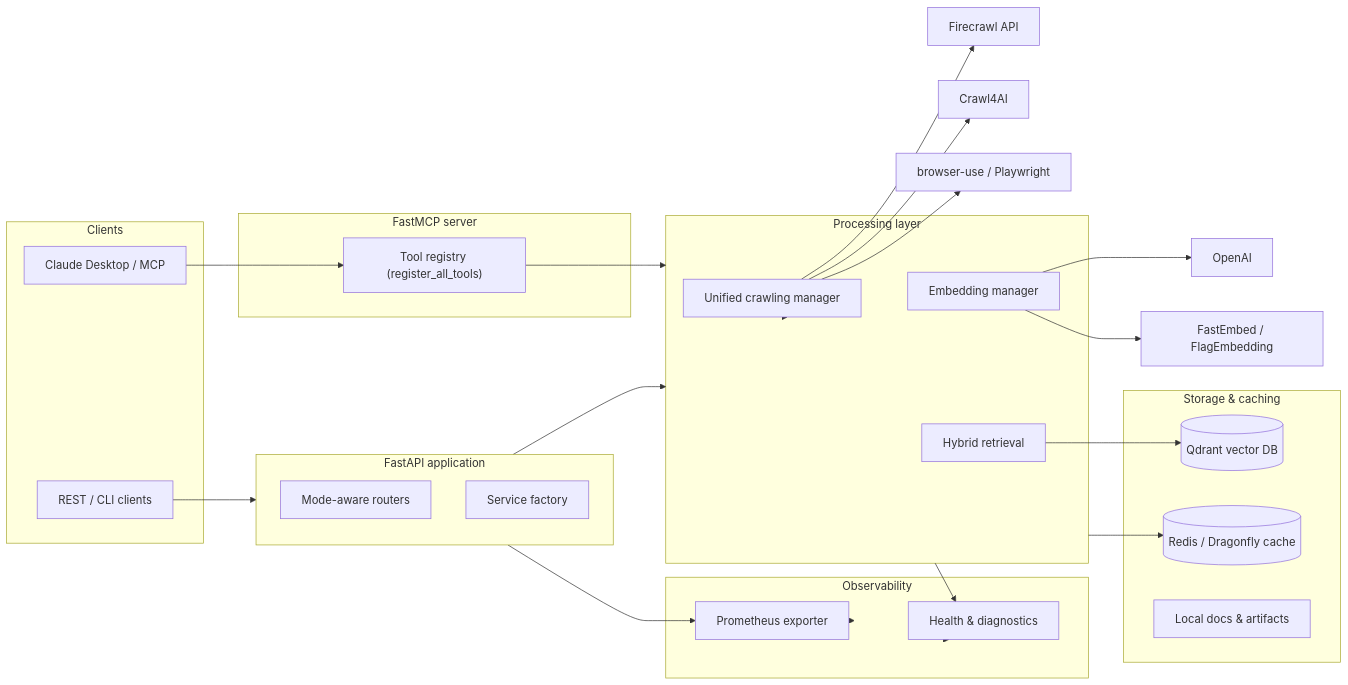
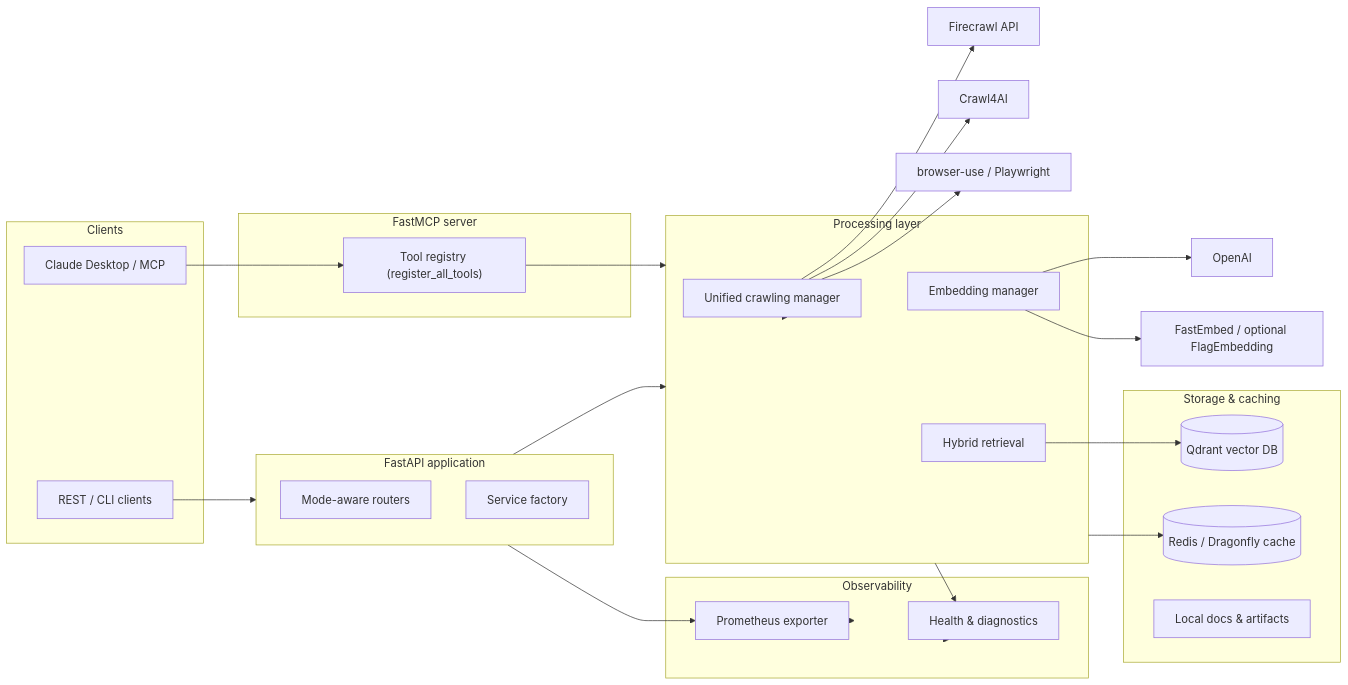
Before and after one commit to BjornMelin/ai-docs-vector-db-hybrid-scraper: the diagram in README.md, drawn with Mermaid. The commit also changed other lines of this file and 160 other files, not shown here.

````diff
--- a/README.md
+++ b/README.md
@@ -65,52 +65,52 @@
 ```mermaid
 flowchart LR
     subgraph clients["Clients"]
         mcp["Claude Desktop / MCP"]
         rest["REST / CLI clients"]
     end
 
     subgraph mcp_server["FastMCP server"]
         registry["Tool registry (register_all_tools)"]
     end
 
     subgraph api["FastAPI application"]
         router["Mode-aware routers"]
         factory["Service factory"]
     end
 
     subgraph processing["Processing layer"]
         crawl["Unified crawling manager"]
         embed["Embedding manager"]
         search["Hybrid retrieval"]
     end
 
     subgraph data["Storage & caching"]
         qdrant[("Qdrant vector DB")]
         redis[("Redis / Dragonfly cache")]
         storage["Local docs & artifacts"]
     end
 
     subgraph observability["Observability"]
         metrics["Prometheus exporter"]
         health["Health & diagnostics"]
     end
 
     mcp --> registry
     registry --> processing
     rest --> api
     api --> processing
     processing --> crawl
     processing --> embed
     processing --> search
     crawl --> firecrawl["Firecrawl API"]
     crawl --> crawl4ai["Crawl4AI"]
     crawl --> browseruse["browser-use / Playwright"]
     embed --> openai["OpenAI"]
-    embed --> fastembed["FastEmbed / FlagEmbedding"]
+    embed --> fastembed["FastEmbed / optional FlagEmbedding"]
     search --> qdrant
     processing --> redis
     api --> metrics
     metrics --> observability
     processing --> health
     health --> observability
 ```
````
